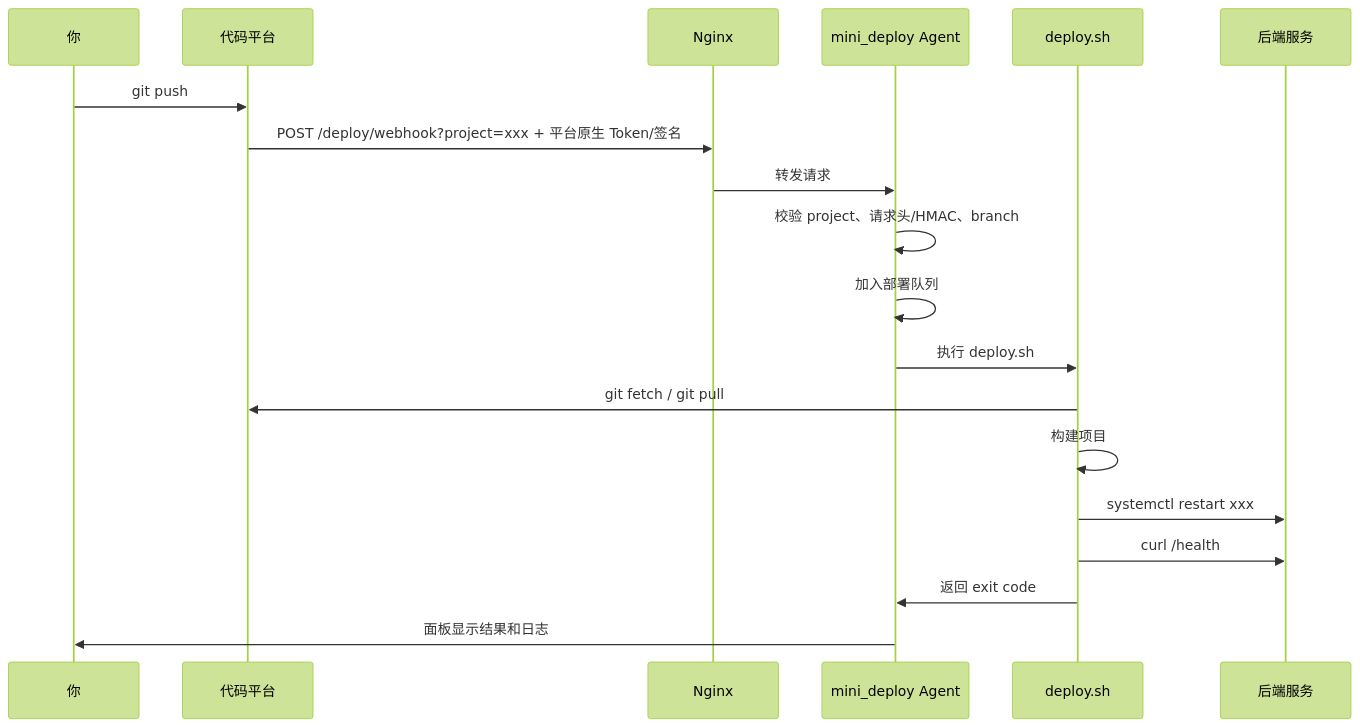
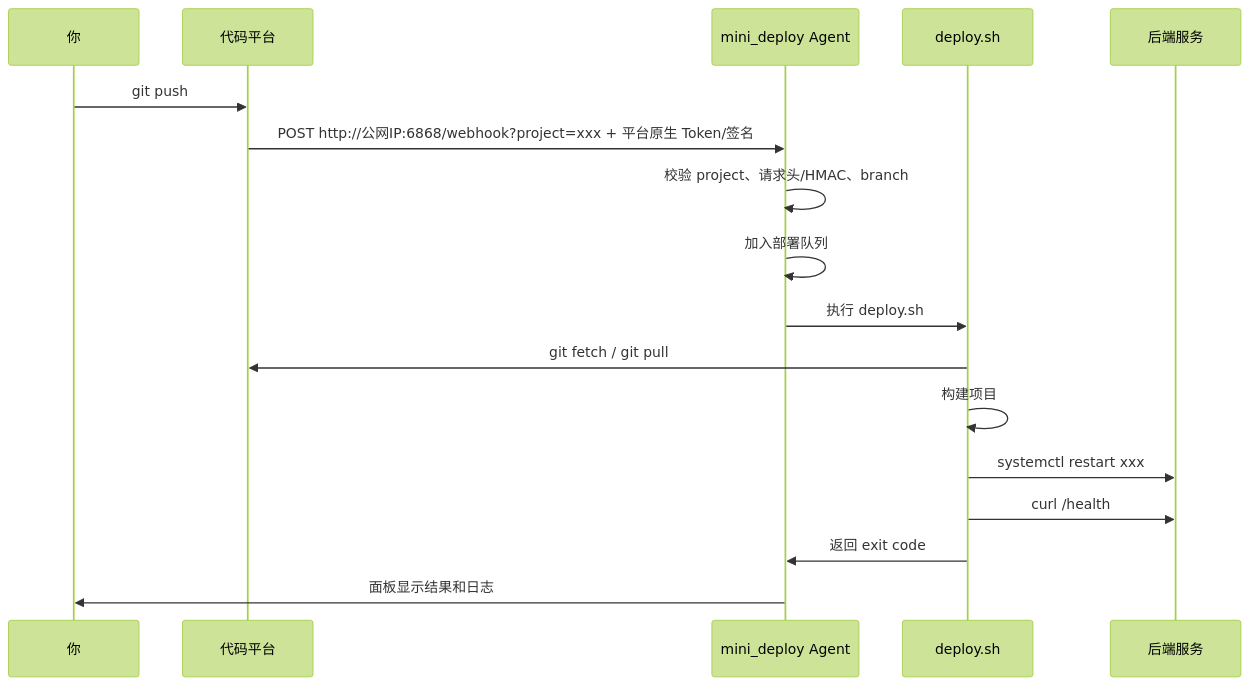
Before and after one commit to jokerXueC/mini_deploy: the fourth of 7 diagrams in docs/BEGINNER_DEPLOY_FLOW.zh-CN.md, drawn with Mermaid (forest theme). The commit also changed other lines of this file and 26 other files, not shown here.

````diff
--- a/docs/BEGINNER_DEPLOY_FLOW.zh-CN.md
+++ b/docs/BEGINNER_DEPLOY_FLOW.zh-CN.md
@@ -455,22 +448,20 @@
 ```mermaid
 sequenceDiagram
     participant Dev as 你
     participant Git as 代码平台
-    participant Nginx as Nginx
     participant Agent as mini_deploy Agent
     participant Script as deploy.sh
     participant App as 后端服务
 
     Dev->>Git: git push
-    Git->>Nginx: POST /deploy/webhook?project=xxx + 平台原生 Token/签名
-    Nginx->>Agent: 转发请求
+    Git->>Agent: POST http://公网IP:6868/webhook?project=xxx + 平台原生 Token/签名
     Agent->>Agent: 校验 project、请求头/HMAC、branch
     Agent->>Agent: 加入部署队列
     Agent->>Script: 执行 deploy.sh
     Script->>Git: git fetch / git pull
     Script->>Script: 构建项目
     Script->>App: systemctl restart xxx
     Script->>App: curl /health
     Script->>Agent: 返回 exit code
     Agent->>Dev: 面板显示结果和日志
 ```
````
